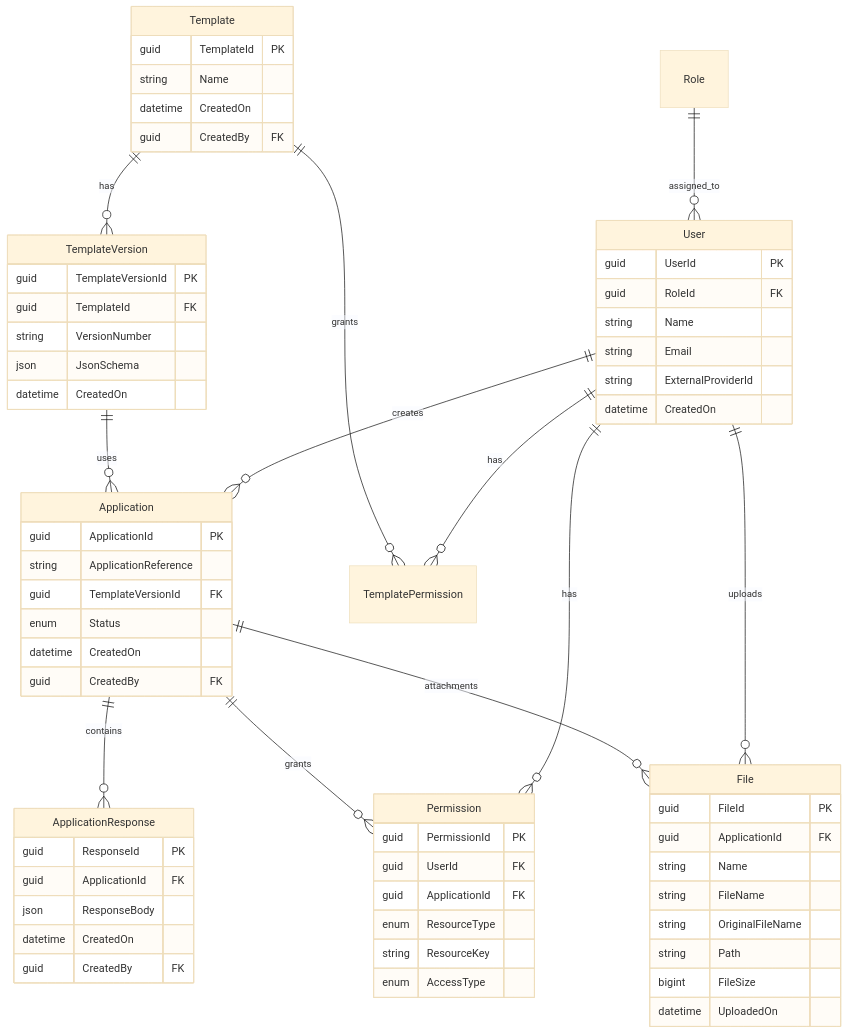
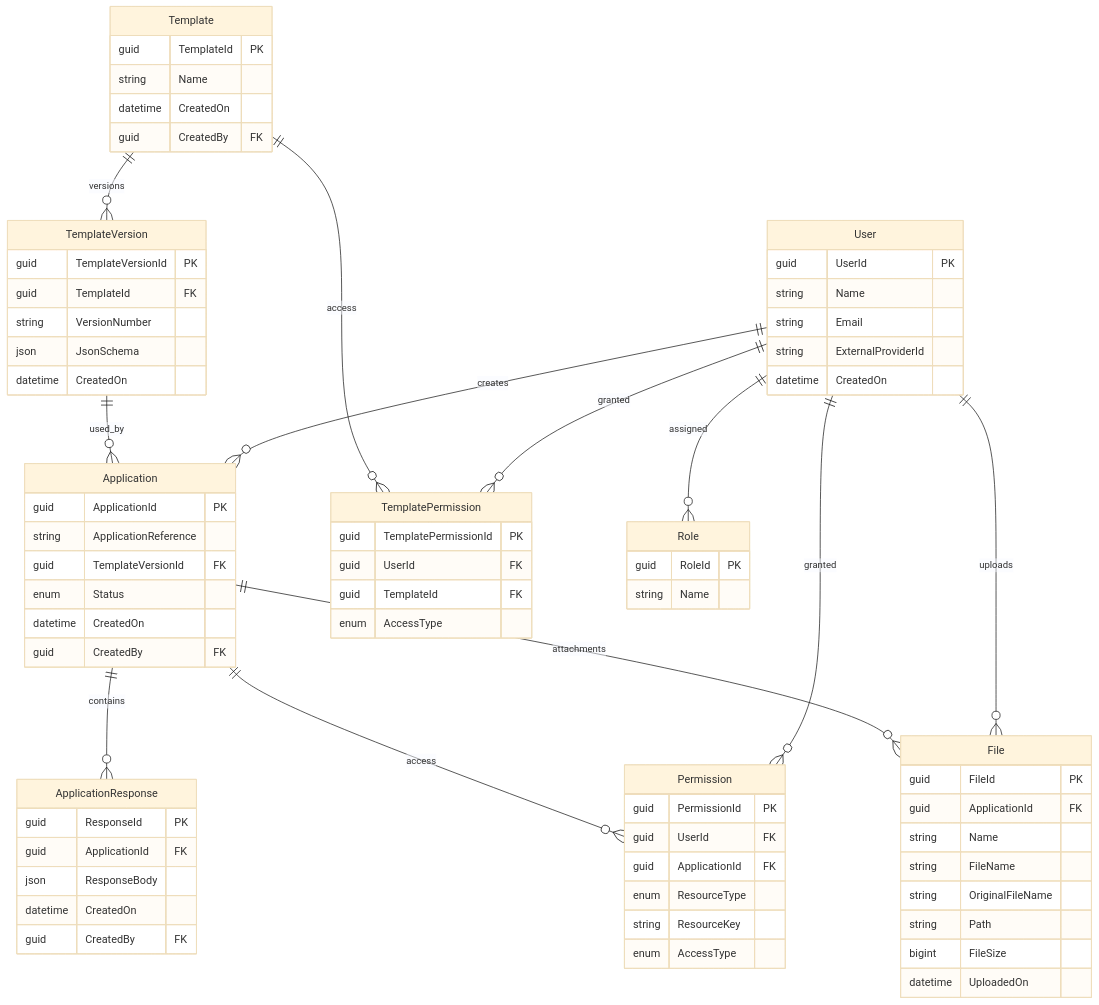
The second of 3 diagrams in README.md (DFE-Digital/external-applications-api), drawn with Mermaid (base theme) before and after one commit. The commit also changed other lines of this file, not shown here.

First line of the commit message:
Revise system design and domain model diagrams

````diff
--- a/README.md
+++ b/README.md
@@ -120,37 +150,51 @@
 ```mermaid
 erDiagram
+    %% =========================
+    %% Core Actors
+    %% =========================
     User ||--o{ Application : creates
-    User ||--o{ Permission : has
-    User ||--o{ TemplatePermission : has
+    User ||--o{ Permission : granted
+    User ||--o{ TemplatePermission : granted
     User ||--o{ File : uploads
-    
-    Template ||--o{ TemplateVersion : has
-    Template ||--o{ TemplatePermission : grants
-    
-    TemplateVersion ||--o{ Application : uses
-    
+    User ||--o{ Role : assigned
+
+    %% =========================
+    %% Templates
+    %% =========================
+    Template ||--o{ TemplateVersion : versions
+    Template ||--o{ TemplatePermission : access
+
+    %% =========================
+    %% Applications
+    %% =========================
+    TemplateVersion ||--o{ Application : used_by
     Application ||--o{ ApplicationResponse : contains
     Application ||--o{ File : attachments
-    Application ||--o{ Permission : grants
-    
-    Role ||--o{ User : assigned_to
+    Application ||--o{ Permission : access
 
+    %% =========================
+    %% Entities
+    %% =========================
     User {
         guid UserId PK
-        guid RoleId FK
         string Name
         string Email
         string ExternalProviderId
         datetime CreatedOn
     }
-    
+
+    Role {
+        guid RoleId PK
+        string Name
+    }
+
     Template {
         guid TemplateId PK
         string Name
         datetime CreatedOn
         guid CreatedBy FK
     }
-    
+
     TemplateVersion {
         guid TemplateVersionId PK
         guid TemplateId FK
@@ -158,7 +202,7 @@
         json JsonSchema
         datetime CreatedOn
     }
-    
+
     Application {
         guid ApplicationId PK
         string ApplicationReference
@@ -167,7 +211,7 @@
         datetime CreatedOn
         guid CreatedBy FK
     }
-    
+
     ApplicationResponse {
         guid ResponseId PK
         guid ApplicationId FK
@@ -175,7 +219,7 @@
         datetime CreatedOn
         guid CreatedBy FK
     }
-    
+
     File {
         guid FileId PK
         guid ApplicationId FK
@@ -186,7 +230,7 @@
         bigint FileSize
         datetime UploadedOn
     }
-    
+
     Permission {
         guid PermissionId PK
         guid UserId FK
@@ -195,4 +239,12 @@
         string ResourceKey
         enum AccessType
     }
+
+    TemplatePermission {
+        guid TemplatePermissionId PK
+        guid UserId FK
+        guid TemplateId FK
+        enum AccessType
+    }
+
 ```
````
